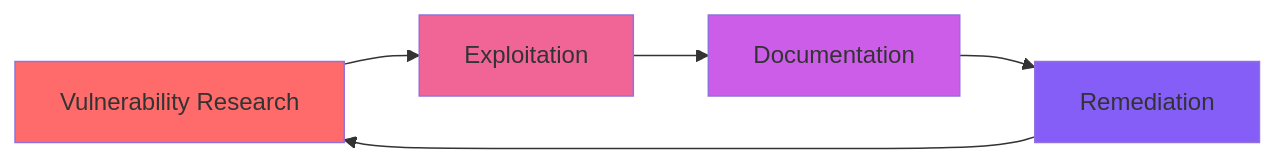
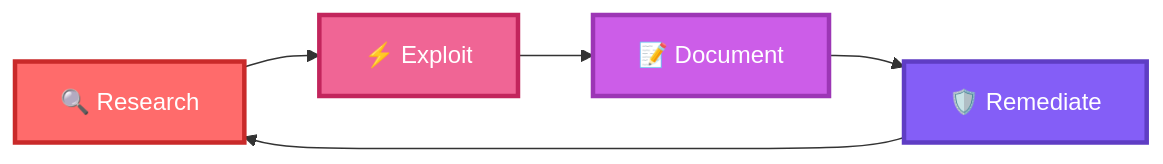
Before and after one commit to Gurpreet-Singh-offensive-Security/gurpreet-singh-offensive-security: the diagram in README.md, drawn with Mermaid. The commit also changed other lines of this file, not shown here.

````diff
--- a/README.md
+++ b/README.md
@@ -171,11 +181,11 @@
 ```mermaid
 graph LR
-    A[Vulnerability Research] --> B[Exploitation]
-    B --> C[Documentation]
-    C --> D[Remediation]
+    A[🔍 Research] --> B[⚡ Exploit]
+    B --> C[📝 Document]
+    C --> D[🛡️ Remediate]
     D --> A
-    style A fill:#ff6b6b
-    style B fill:#f06595
-    style C fill:#cc5de8
-    style D fill:#845ef7
+    style A fill:#ff6b6b,stroke:#c92a2a,stroke-width:3px,color:#fff
+    style B fill:#f06595,stroke:#c2255c,stroke-width:3px,color:#fff
+    style C fill:#cc5de8,stroke:#9c36b5,stroke-width:3px,color:#fff
+    style D fill:#845ef7,stroke:#5f3dc4,stroke-width:3px,color:#fff
 ```
````
